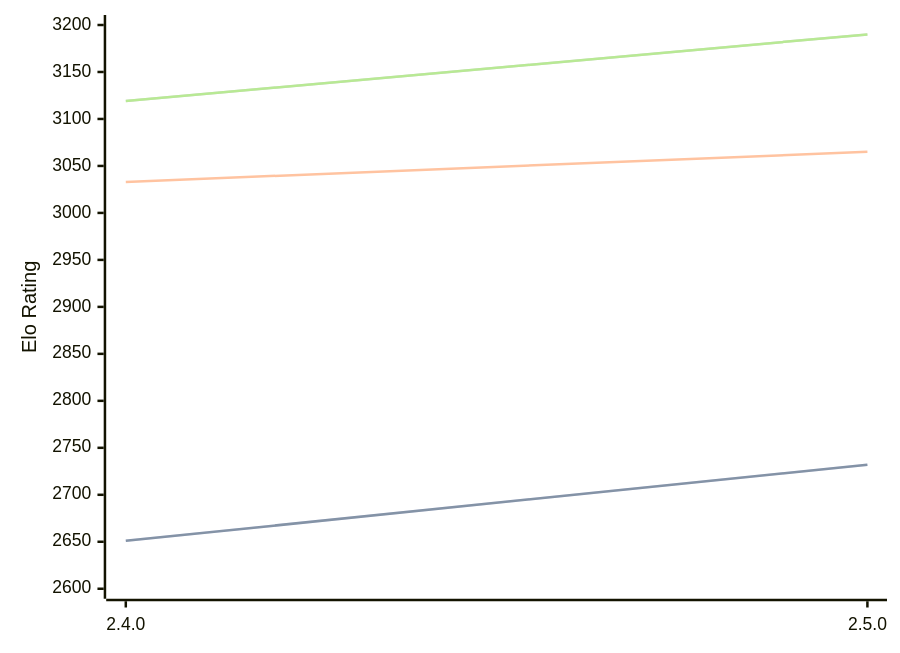
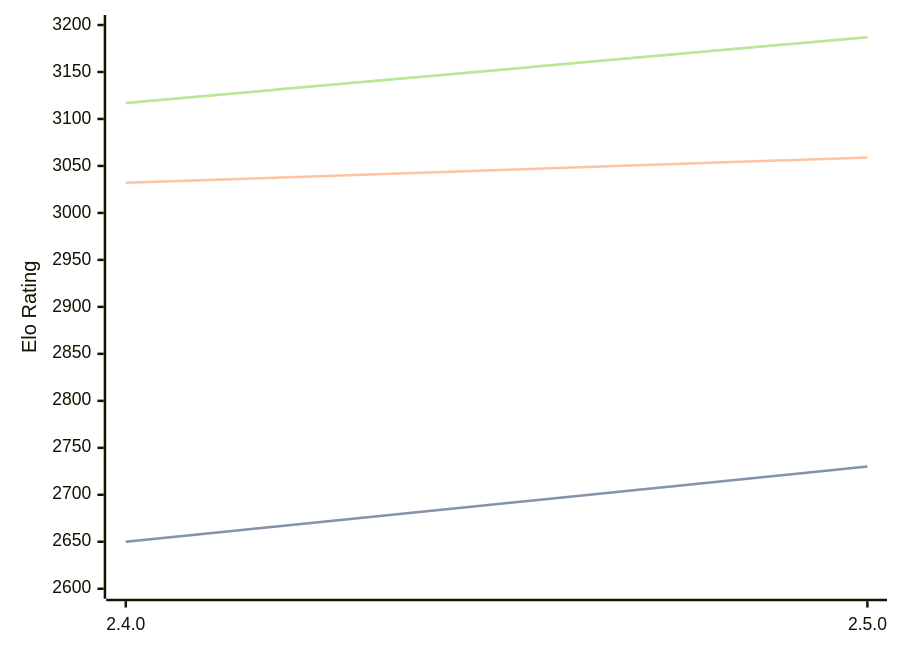
Before and after one commit to computer-chess-index/cci: the diagram in engines/Sturddle2.md, drawn with Mermaid. The commit also changed other lines of this file, not shown here.

Commit message:
Update CCI Ratings (ELO VLTC) - 2026-03-31

````diff
--- a/engines/Sturddle2.md
+++ b/engines/Sturddle2.md
@@ -37,11 +37,11 @@
 ```mermaid
 %%{init: {"theme":"base","themeVariables":{"seriesColors:['#a3a3a3','#222221','#faa371']}}}%%
 xychart-beta
   x-axis ["2.4.0", "2.5.0"]
   y-axis "Elo Rating" 2600 --> 3200
-  line "STC (8.0+0.08s)" [2651, 2732]
-  line "STC (8.0+0.08s)" [2651, 2732]
-  line "LTC (60.0+0.60s)" [3033, 3065]
-  line "VLTC (2m24s+1.12s)" [3119, 3190]
-  line "VLTC (2m24s+1.12s)" [3119, 3190]
+  line "STC (8.0+0.08s)" [2650, 2730]
+  line "STC (8.0+0.08s)" [2650, 2730]
+  line "LTC (60.0+0.60s)" [3032, 3059]
+  line "VLTC (2m24s+1.12s)" [3117, 3187]
+  line "VLTC (2m24s+1.12s)" [3117, 3187]
 ```
````
